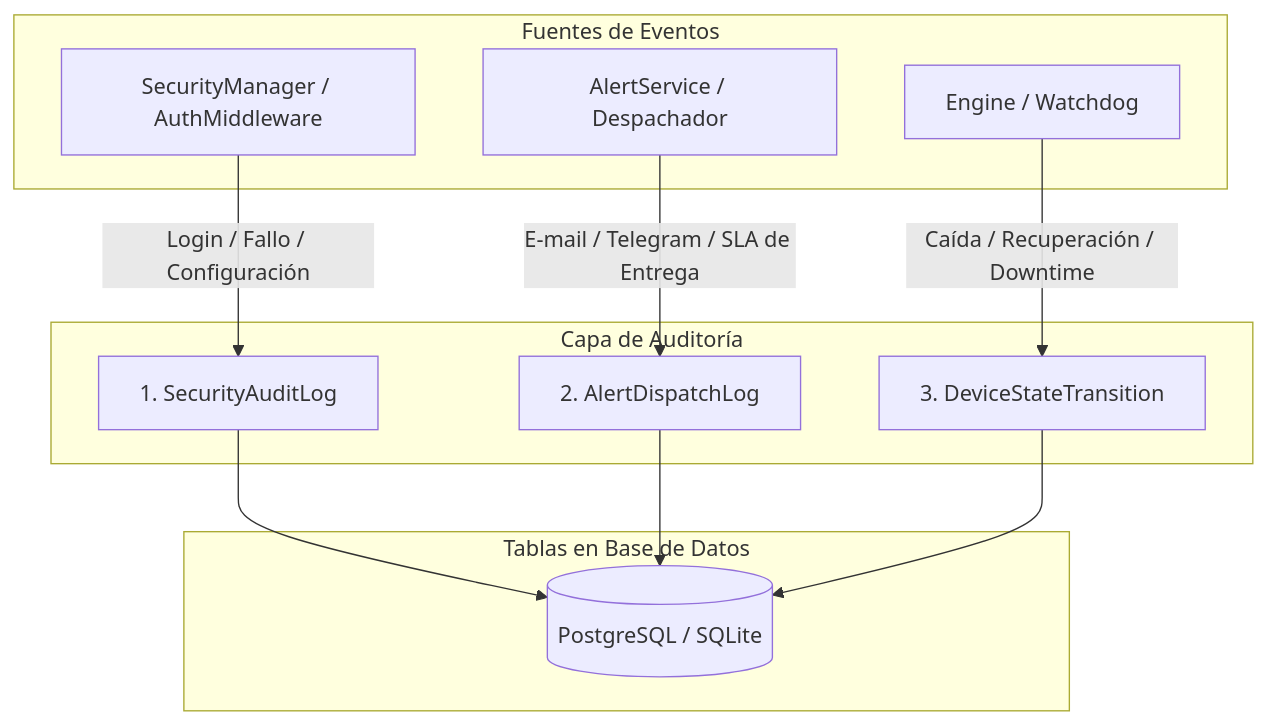
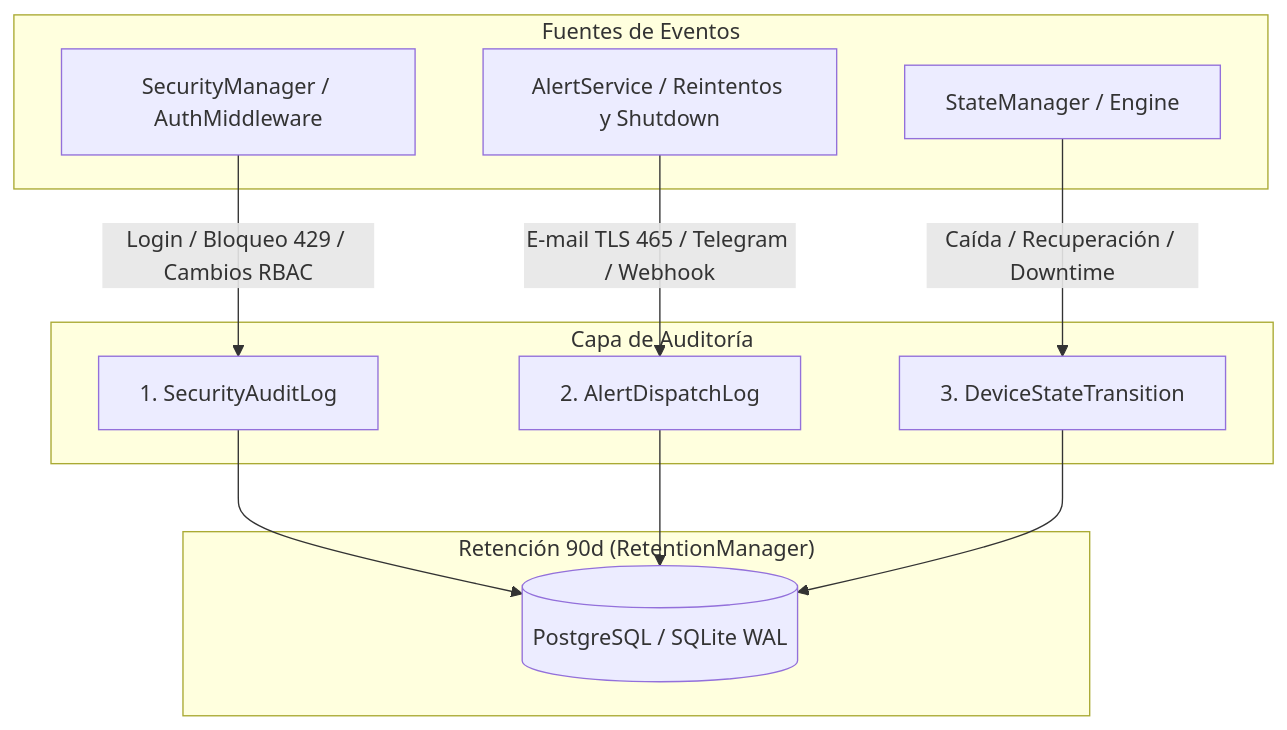
One commit to Noxfort-Systems-Brazil/MONITOR changed the diagram in docs/es/audit_trail.md. Above: the diagram before and after it, drawn with Mermaid. The commit also changed other lines of this file and 186 other files, not shown here.

````diff
--- a/docs/es/audit_trail.md
+++ b/docs/es/audit_trail.md
@@ -13,26 +13,26 @@
 ```mermaid
 graph TD
     subgraph "Fuentes de Eventos"
         Auth[SecurityManager / AuthMiddleware]
-        Alerts[AlertService / Despachador]
-        Watchdog[Engine / Watchdog]
+        Alerts[AlertService / Reintentos y Shutdown]
+        Watchdog[StateManager / Engine]
     end
 
     subgraph "Capa de Auditoría"
         SecLog[1. SecurityAuditLog]
         AlertLog[2. AlertDispatchLog]
         TransLog[3. DeviceStateTransition]
     end
 
-    subgraph "Tablas en Base de Datos"
-        DB[(PostgreSQL / SQLite)]
+    subgraph "Retención 90d (RetentionManager)"
+        DB[(PostgreSQL / SQLite WAL)]
     end
 
-    Auth -->|Login / Fallo / Configuración| SecLog
-    Alerts -->|E-mail / Telegram / SLA de Entrega| AlertLog
+    Auth -->|Login / Bloqueo 429 / Cambios RBAC| SecLog
+    Alerts -->|E-mail TLS 465 / Telegram / Webhook| AlertLog
     Watchdog -->|Caída / Recuperación / Downtime| TransLog
 
     SecLog --> DB
     AlertLog --> DB
     TransLog --> DB
 ```
````
